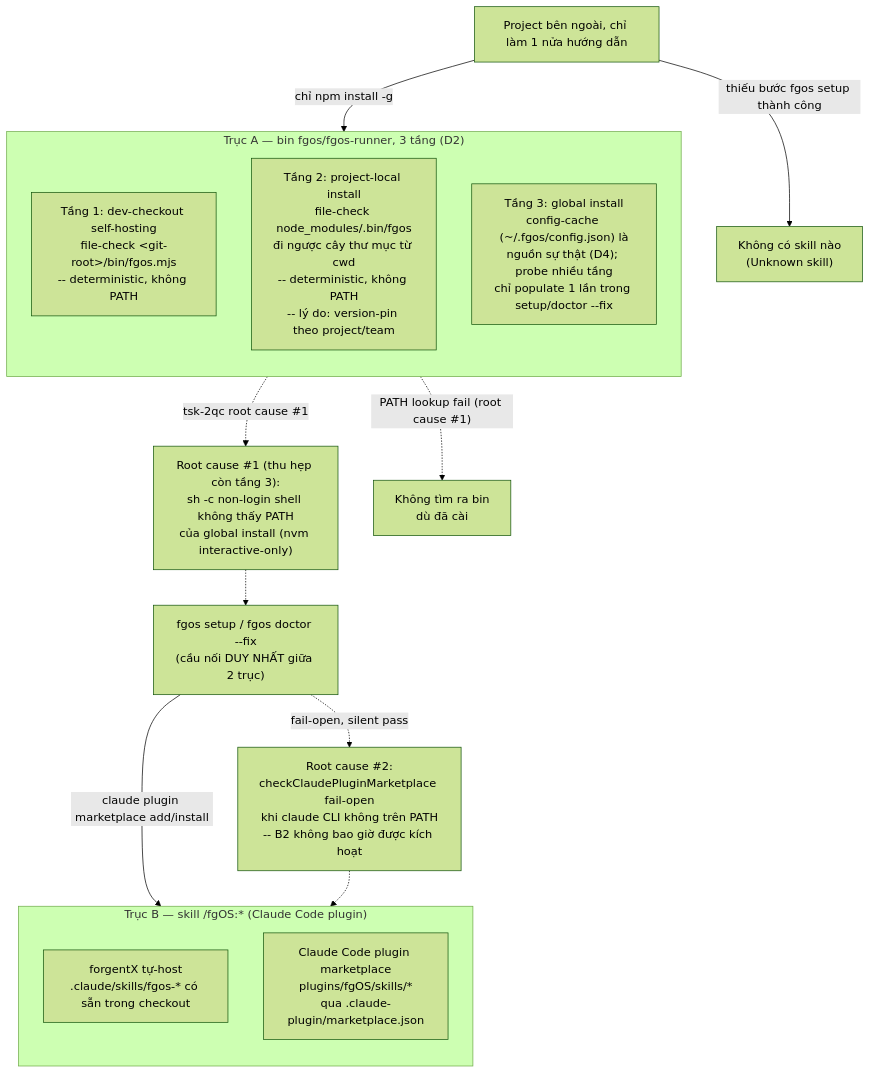
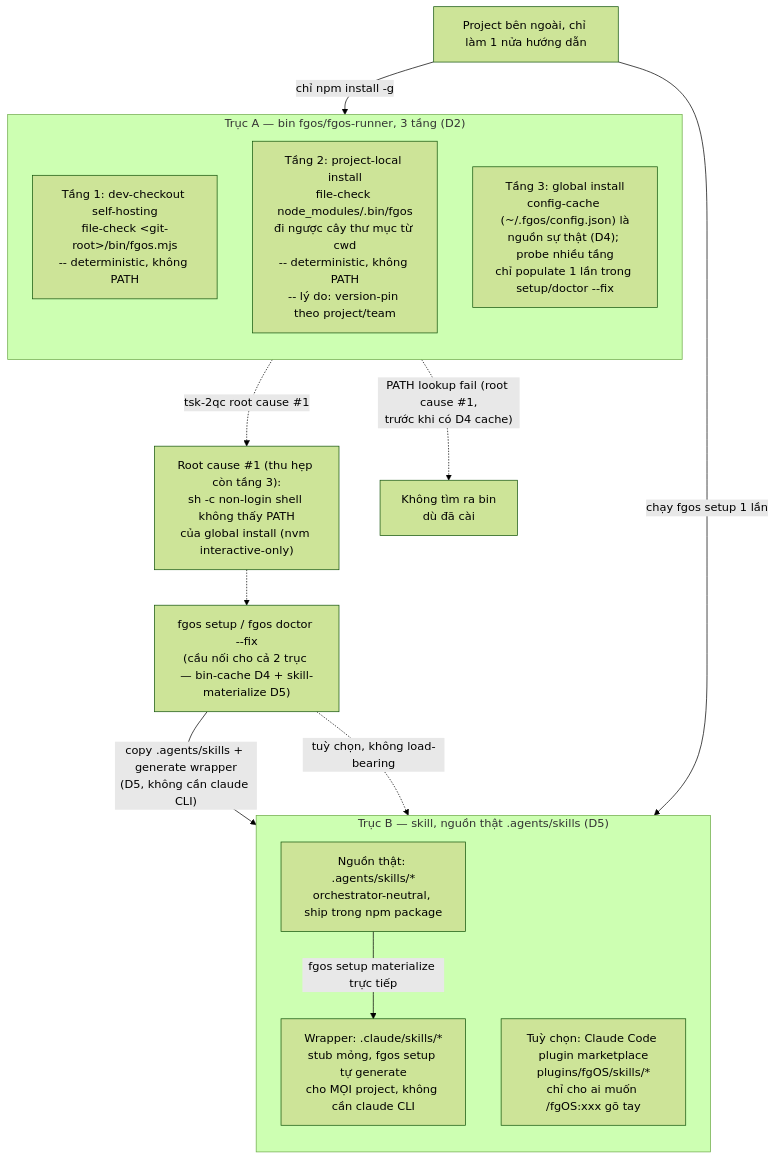
One commit to vantt/forgent changed the first of 3 diagrams in docs/history/install-setup-external-project-reliability/DISCUSSION.md. Above: the diagram before and after it, drawn with Mermaid (forest theme). The commit also changed other lines of this file, not shown here.

Commit message:
docs(tsk-2qc): lock D5 (skill source-of-truth moves to .agents/skills, plugin marketplace becomes optional)

````diff
--- a/docs/history/install-setup-external-project-reliability/DISCUSSION.md
+++ b/docs/history/install-setup-external-project-reliability/DISCUSSION.md
@@ -125,29 +150,29 @@
 ```mermaid
 flowchart TB
     subgraph BinAxis["Trục A — bin fgos/fgos-runner, 3 tầng (D2)"]
         direction TB
         A1["Tầng 1: dev-checkout self-hosting<br/>file-check &lt;git-root&gt;/bin/fgos.mjs<br/>-- deterministic, không PATH"]
         A2["Tầng 2: project-local install<br/>file-check node_modules/.bin/fgos<br/>đi ngược cây thư mục từ cwd<br/>-- deterministic, không PATH<br/>-- lý do: version-pin theo project/team"]
         A3["Tầng 3: global install<br/>config-cache (~/.fgos/config.json) là<br/>nguồn sự thật (D4); probe nhiều tầng<br/>chỉ populate 1 lần trong setup/doctor --fix"]
     end
 
-    subgraph SkillAxis["Trục B — skill /fgOS:* (Claude Code plugin)"]
+    subgraph SkillAxis["Trục B — skill, nguồn thật .agents/skills (D5)"]
         direction TB
-        B1["forgentX tự-host<br/>.claude/skills/fgos-* có sẵn trong checkout"]
-        B2["Claude Code plugin marketplace<br/>plugins/fgOS/skills/*<br/>qua .claude-plugin/marketplace.json"]
+        B0["Nguồn thật: .agents/skills/*<br/>orchestrator-neutral, ship trong npm package"]
+        B1["Wrapper: .claude/skills/*<br/>stub mỏng, fgos setup tự generate<br/>cho MỌI project, không cần claude CLI"]
+        B2["Tuỳ chọn: Claude Code plugin marketplace<br/>plugins/fgOS/skills/*<br/>chỉ cho ai muốn /fgOS:xxx gõ tay"]
+        B0 -->|"fgos setup materialize trực tiếp"| B1
     end
 
-    Bridge["fgos setup / fgos doctor --fix<br/>(cầu nối DUY NHẤT giữa 2 trục)"]
+    Bridge["fgos setup / fgos doctor --fix<br/>(cầu nối cho cả 2 trục — bin-cache D4 + skill-materialize D5)"]
     RC1["Root cause #1 (thu hẹp còn tầng 3):<br/>sh -c non-login shell không thấy PATH<br/>của global install (nvm interactive-only)"]
-    RC2["Root cause #2:<br/>checkClaudePluginMarketplace fail-open<br/>khi claude CLI không trên PATH<br/>-- B2 không bao giờ được kích hoạt"]
 
     A3 -.->|"tsk-2qc root cause #1"| RC1
     RC1 -.-> Bridge
-    Bridge -->|"claude plugin marketplace add/install"| B2
-    Bridge -.->|"fail-open, silent pass"| RC2
-    RC2 -.-> B2
+    Bridge -->|"copy .agents/skills + generate wrapper<br/>(D5, không cần claude CLI)"| B1
+    Bridge -.->|"tuỳ chọn, không load-bearing"| B2
 
     ProjectNgoai["Project bên ngoài, chỉ làm 1 nửa hướng dẫn"] -->|"chỉ npm install -g"| A3
-    ProjectNgoai -->|"thiếu bước fgos setup thành công"| SkillMissing["Không có skill nào<br/>(Unknown skill)"]
-    A3 -.->|"PATH lookup fail (root cause #1)"| BinMissing["Không tìm ra bin<br/>dù đã cài"]
+    ProjectNgoai -->|"chạy fgos setup 1 lần"| B1
+    A3 -.->|"PATH lookup fail (root cause #1,<br/>trước khi có D4 cache)"| BinMissing["Không tìm ra bin<br/>dù đã cài"]
 ```
````
